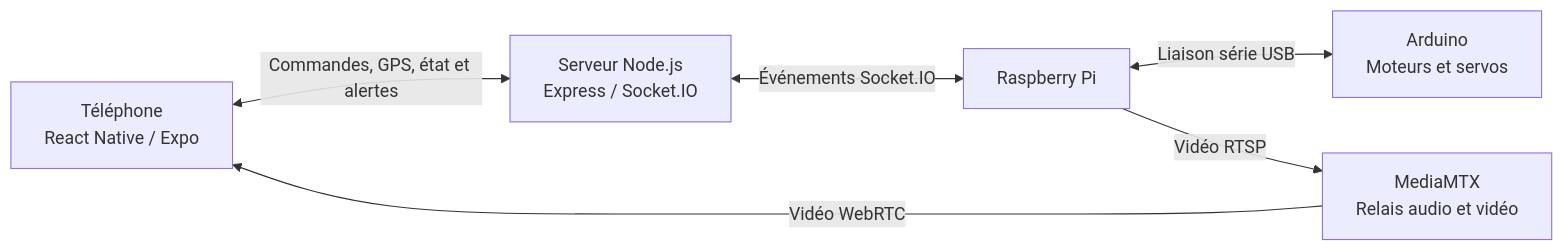
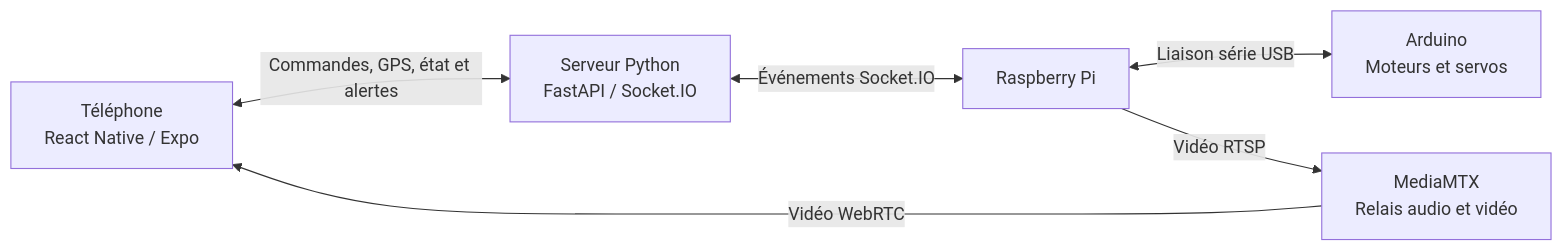
The diagram in Architecure.md (MrAmarok/Hack1Robo-2026-Ping-robot), drawn with Mermaid before and after one commit. The commit also changed other lines of this file and 39 other files, not shown here.

````diff
--- a/Architecure.md
+++ b/Architecure.md
@@ -18,14 +18,14 @@
 ```mermaid
 flowchart LR
     App["Téléphone<br/>React Native / Expo"]
-    Server["Serveur Node.js<br/>Express / Socket.IO"]
+    Server["Serveur Python<br/>FastAPI / Socket.IO"]
     Pi["Raspberry Pi"]
     Arduino["Arduino<br/>Moteurs et servos"]
     Media["MediaMTX<br/>Relais audio et vidéo"]
 
     App <-->|"Commandes, GPS, état et alertes"| Server
     Server <-->|"Événements Socket.IO"| Pi
     Pi <-->|"Liaison série USB"| Arduino
     Pi -->|"Vidéo RTSP"| Media
     Media -->|"Vidéo WebRTC"| App
 ```
````
